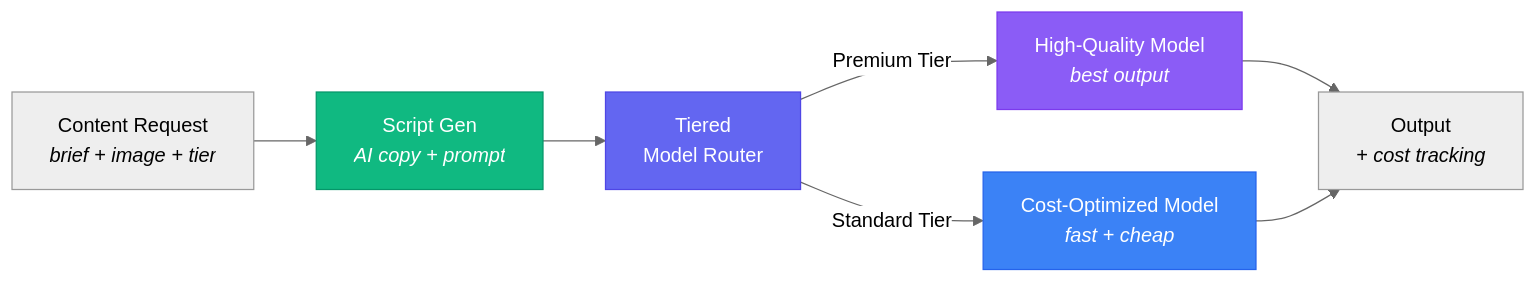
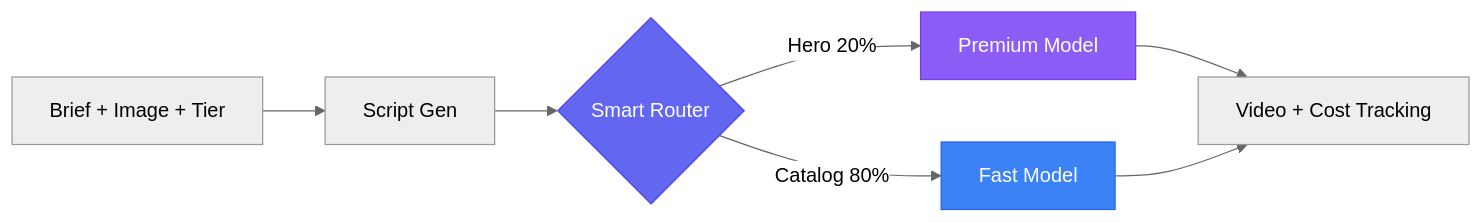
The diagram in README.md (suboss87/adcamp), drawn with Mermaid (neutral theme) before and after one commit. The commit also changed other lines of this file and 1 other file, not shown here.

````diff
--- a/README.md
+++ b/README.md
@@ -34,14 +38,13 @@
 ```mermaid
 graph LR
-    A[Content Request<br/><i>brief + image + tier</i>] --> S[Script Gen<br/><i>AI copy + prompt</i>]
-    S --> B[Tiered<br/>Model Router]
-    B -->|Premium Tier| C[High-Quality Model<br/><i>best output</i>]
-    B -->|Standard Tier| D[Cost-Optimized Model<br/><i>fast + cheap</i>]
-    C --> F[Output<br/><i>+ cost tracking</i>]
+    A[Brief + Image + Tier] --> S[Script Gen]
+    S --> B{Smart Router}
+    B -->|Hero 20%| C[Premium Model]
+    B -->|Catalog 80%| D[Fast Model]
+    C --> F[Video + Cost Tracking]
     D --> F
 
-    style S fill:#10B981,color:#fff,stroke:#059669
     style B fill:#6366F1,color:#fff,stroke:#4F46E5
     style C fill:#8B5CF6,color:#fff,stroke:#7C3AED
     style D fill:#3B82F6,color:#fff,stroke:#2563EB
 ```
````
